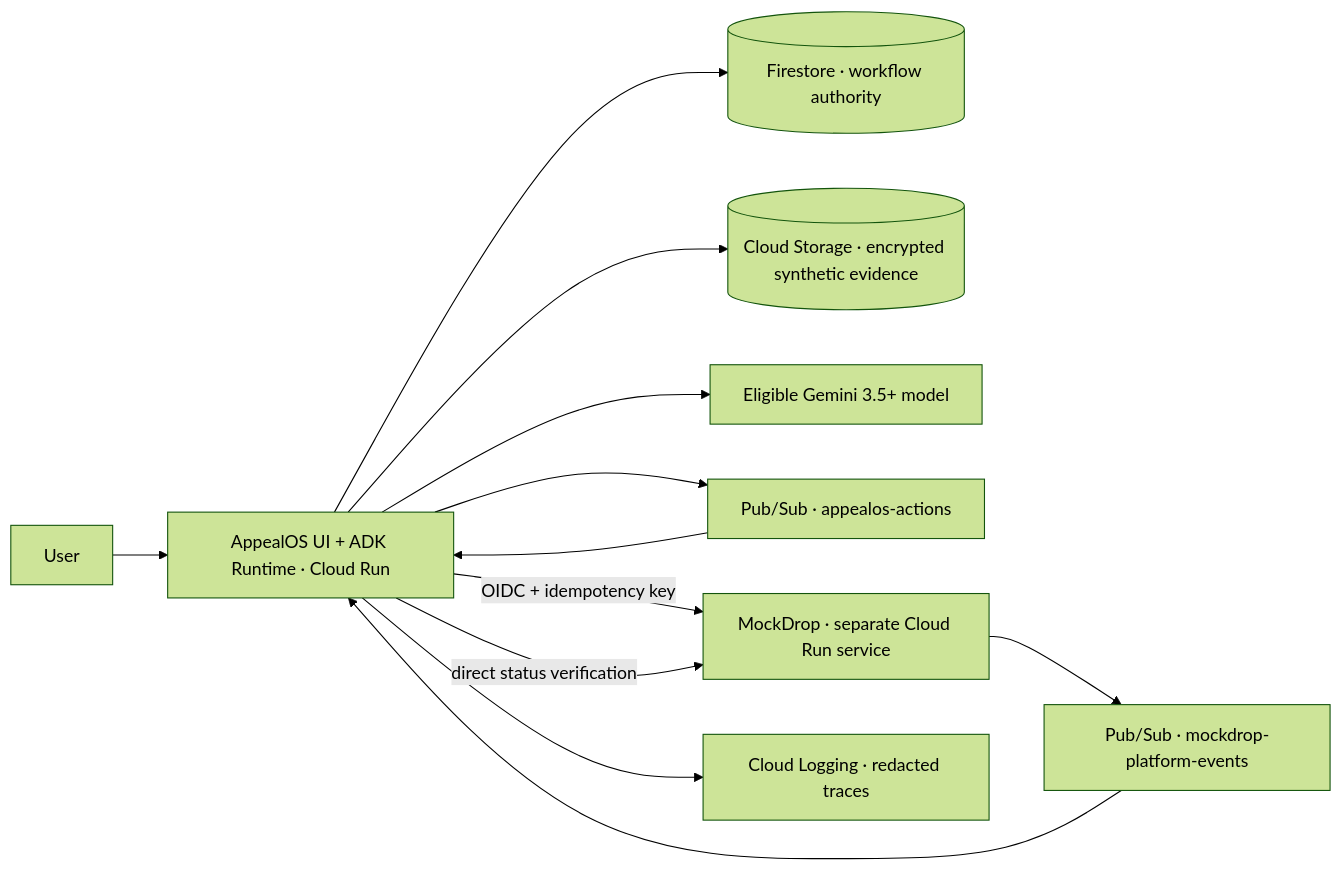
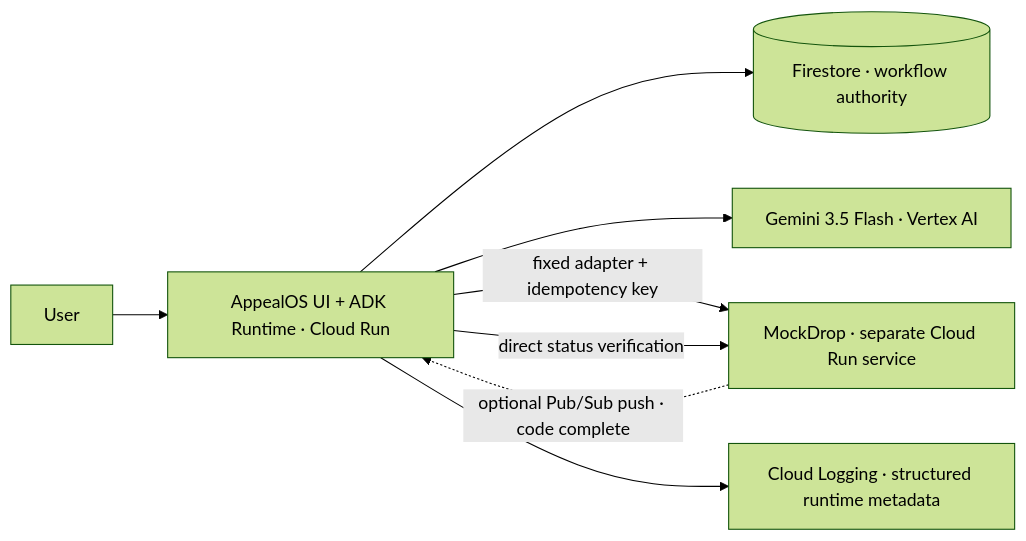
The diagram in README.md (rectinajh/AppealOS), drawn with Mermaid (forest theme) before and after one commit. The commit also changed other lines of this file and 8 other files, not shown here.

````diff
--- a/README.md
+++ b/README.md
@@ -174,14 +171,10 @@
 ```mermaid
 flowchart LR
     U["User"] --> A["AppealOS UI + ADK Runtime · Cloud Run"]
     A --> F[("Firestore · workflow authority")]
-    A --> S[("Cloud Storage · encrypted synthetic evidence")]
-    A --> G["Eligible Gemini 3.5+ model"]
-    A --> PA["Pub/Sub · appealos-actions"]
-    PA --> A
-    A -->|"OIDC + idempotency key"| M["MockDrop · separate Cloud Run service"]
-    M --> PM["Pub/Sub · mockdrop-platform-events"]
-    PM --> A
+    A --> G["Gemini 3.5 Flash · Vertex AI"]
+    A -->|"fixed adapter + idempotency key"| M["MockDrop · separate Cloud Run service"]
+    M -. "optional Pub/Sub push · code complete" .-> A
     A -->|"direct status verification"| M
-    A --> L["Cloud Logging · redacted traces"]
+    A --> L["Cloud Logging · structured runtime metadata"]
 ```
````
